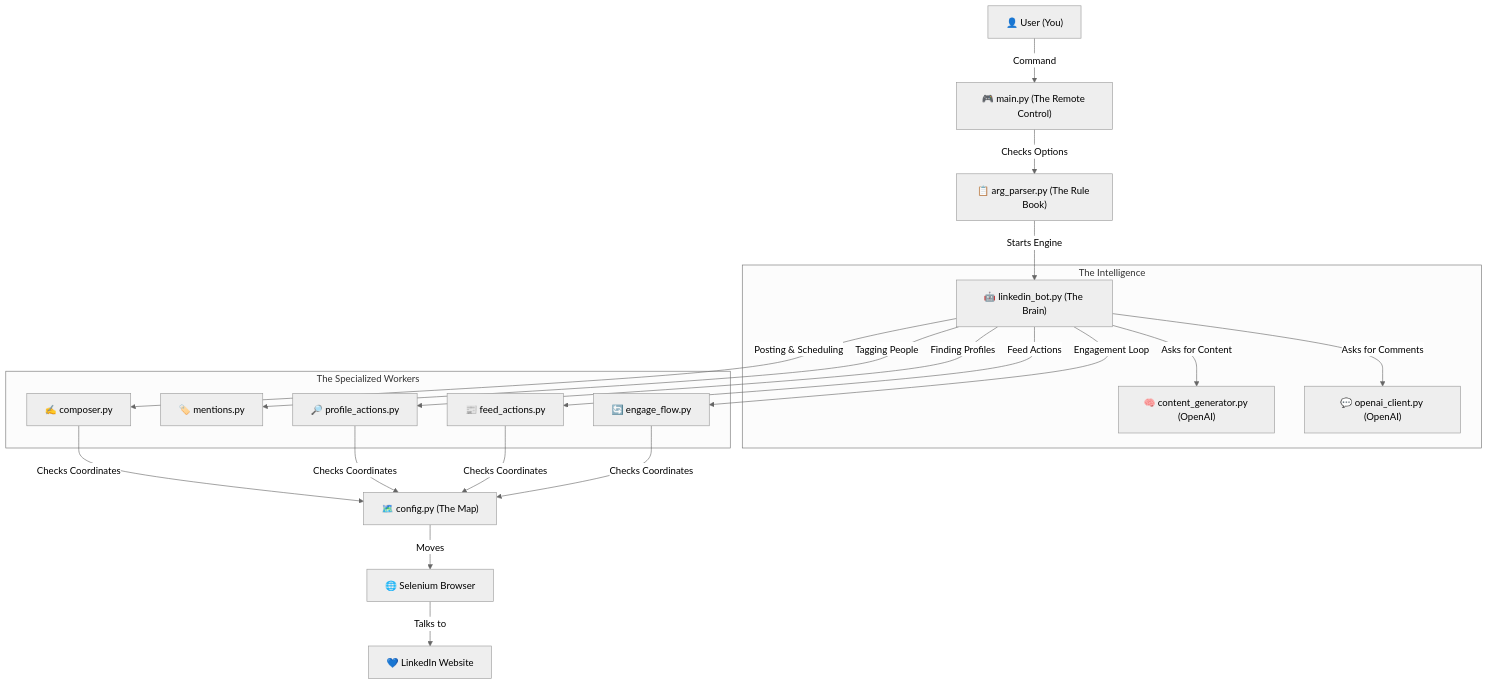
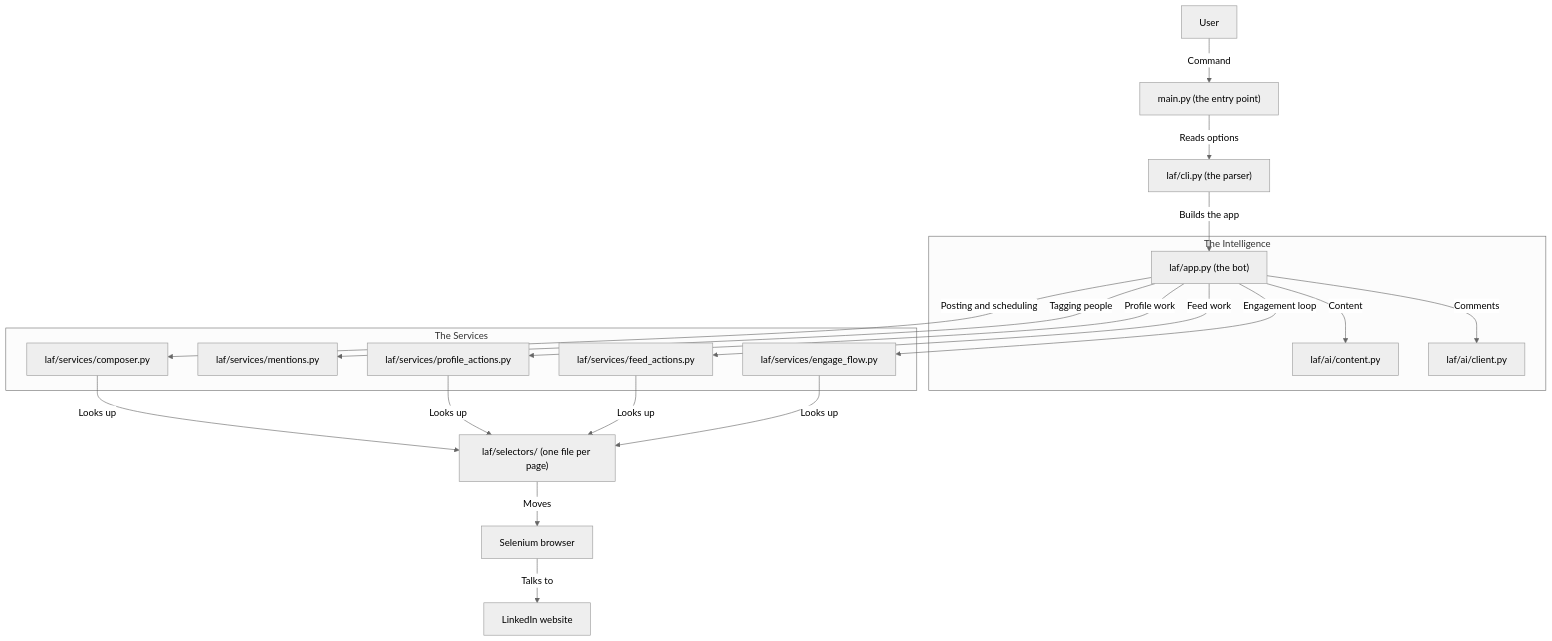
One commit to zqf20096327/ai_collect changed the diagram in data/readmes/joeygoesgrey__Linkedln-Automation-Framework.md. Above: the diagram before and after it, drawn with Mermaid (neutral theme). The commit also changed other lines of this file and 2761 other files, not shown here.

````diff
--- a/data/readmes/joeygoesgrey__Linkedln-Automation-Framework.md
+++ b/data/readmes/joeygoesgrey__Linkedln-Automation-Framework.md
@@ -31,23 +41,26 @@
 ```mermaid
 graph TD
-    User["👤 User (You)"] -- "Command" --> Main["🎮 main.py (The Remote Control)"]
-    Main -- "Checks Options" --> Parser["📋 arg_parser.py (The Rule Book)"]
-    Parser -- "Starts Engine" --> Bot["🤖 linkedin_bot.py (The Brain)"]
-    
+    User["User"] -- "Command" --> Main["main.py (the entry point)"]
+    Main -- "Reads options" --> Parser["laf/cli.py (the parser)"]
+    Parser -- "Builds the app" --> Bot["laf/app.py (the bot)"]
+
     subgraph The Intelligence
-        Bot -- "Asks for Content" --> Gen["🧠 content_generator.py (OpenAI)"]
-        Bot -- "Asks for Comments" --> OpenAI["💬 openai_client.py (OpenAI)"]
+        Bot -- "Content" --> Gen["laf/ai/content.py"]
+        Bot -- "Comments" --> OpenAIClient["laf/ai/client.py"]
     end
-    
-    subgraph The Specialized Workers
-        Bot -- "Posting & Scheduling" --> Comp["✍️ composer.py"]
-        Bot -- "Tagging People" --> Ment["🏷️ mentions.py"]
-        Bot -- "Finding Profiles" --> Prof["🔎 profile_actions.py"]
-        Bot -- "Feed Actions" --> Feed["📰 feed_actions.py"]
-        Bot -- "Engagement Loop" --> EngFlow["🔄 engage_flow.py"]
+
+    subgraph The Services
+        Bot -- "Posting and scheduling" --> Comp["laf/services/composer.py"]
+        Bot -- "Tagging people" --> Ment["laf/services/mentions.py"]
+        Bot -- "Profile work" --> Prof["laf/services/profile_actions.py"]
+        Bot -- "Feed work" --> Feed["laf/services/feed_actions.py"]
+        Bot -- "Engagement loop" --> EngFlow["laf/services/engage_flow.py"]
     end
-    
-    Comp & Prof & Feed & EngFlow -- "Checks Coordinates" --> Selectors["🗺️ config.py (The Map)"]
-    Selectors -- "Moves" --> Browser["🌐 Selenium Browser"]
-    Browser -- "Talks to" --> LinkedIn["💙 LinkedIn Website"]
+
+    Comp -- "Looks up" --> Selectors["laf/selectors/ (one file per page)"]
+    Prof -- "Looks up" --> Selectors
+    Feed -- "Looks up" --> Selectors
+    EngFlow -- "Looks up" --> Selectors
+    Selectors -- "Moves" --> Browser["Selenium browser"]
+    Browser -- "Talks to" --> LinkedIn["LinkedIn website"]
 ```
````
